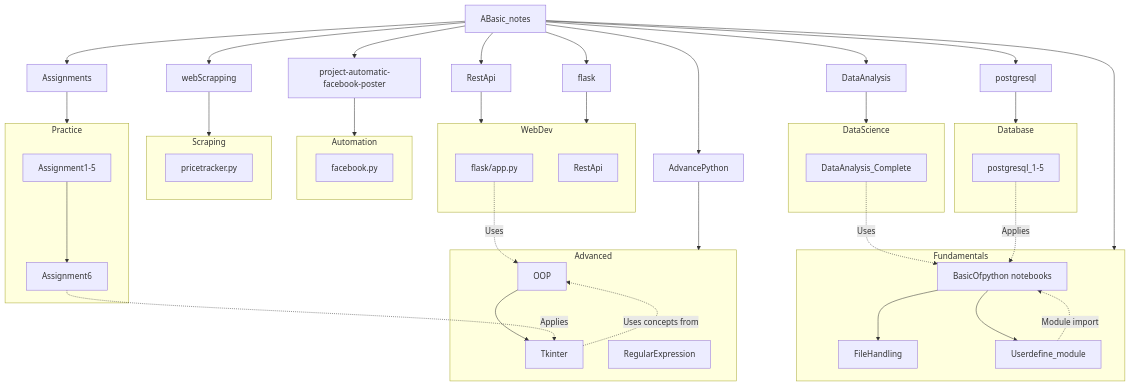
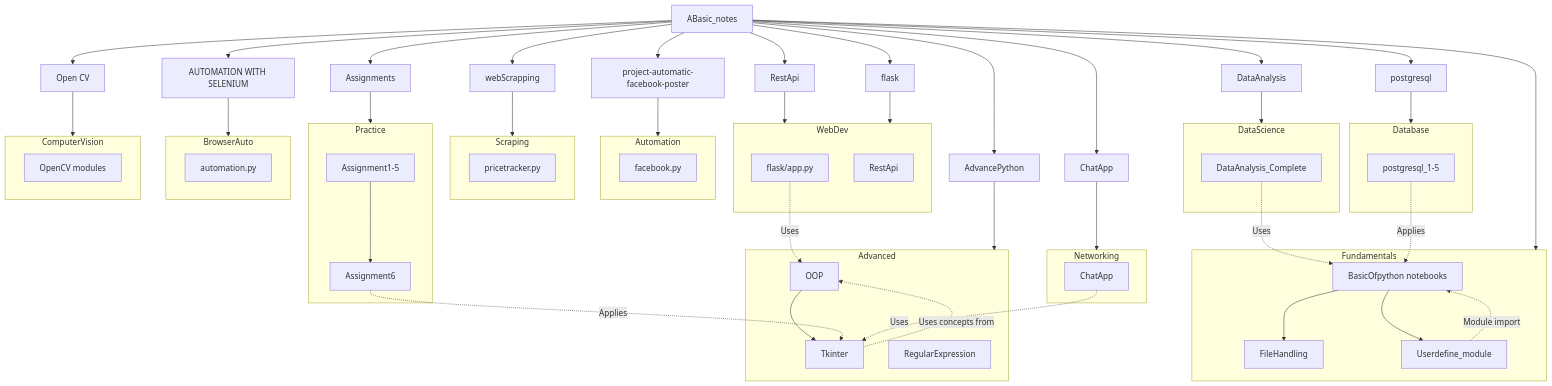
One commit to Ktripathi2611/learningPython changed the diagram in README.md. Above: the diagram before and after it, drawn with Mermaid. The commit also changed other lines of this file and 3 other files, not shown here.

Commit message:
feat: Add a Selenium automation script and a socket-based chat application, and update the README with new project documentation.

````diff
--- a/README.md
+++ b/README.md
@@ -372,63 +526,82 @@
 ```mermaid
 graph TD
     A[ABasic_notes] --> B[AdvancePython]
     A --> C[Assignments]
     A --> D[DataAnalysis]
     A --> E[postgresql]
     A --> F[RestApi]
     A --> G[flask]
     A --> H[project-automatic-facebook-poster]
     A --> I[webScrapping]
+    A --> J[ChatApp]
+    A --> K[AUTOMATION WITH SELENIUM]
+    A --> L[Open CV]
     
     subgraph Fundamentals
         A1[BasicOfpython notebooks] --> A2[FileHandling]
         A1 --> A3[Userdefine_module]
     end
     
     subgraph Advanced
         B1[OOP] --> B3[Tkinter]
         B2[RegularExpression]
     end
     
     subgraph WebDev
         G1[flask/app.py]
         F1[RestApi]
     end
     
     subgraph Automation
         H1[facebook.py]
     end
     
     subgraph Scraping
         I1[pricetracker.py]
     end
     
     subgraph DataScience
         D1[DataAnalysis_Complete]
     end
     
     subgraph Database
         E1[postgresql_1-5]
     end
     
     subgraph Practice
         C1[Assignment1-5] --> C2[Assignment6]
     end
     
     A --> Fundamentals
     B --> Advanced
     C --> Practice
     D --> DataScience
     E --> Database
     F --> WebDev
     G --> WebDev
     H --> Automation
     I --> Scraping
+    J --> Networking
+    K --> BrowserAuto
+    L --> ComputerVision
     
     A3 -.-> |"Module import"| A1
     B3 -.-> |"Uses concepts from"| B1
     C2 -.-> |"Applies"| B3
     D1 -.-> |"Uses"| A1
     E1 -.-> |"Applies"| A1
     G1 -.-> |"Uses"| B1
+    J1 -.-> |"Uses"| B3
+    
+    subgraph Networking
+        J1[ChatApp] 
+    end
+    
+    subgraph BrowserAuto
+        K1[automation.py]
+    end
+    
+    subgraph ComputerVision
+        L1[OpenCV modules]
+    end
 ```
````
